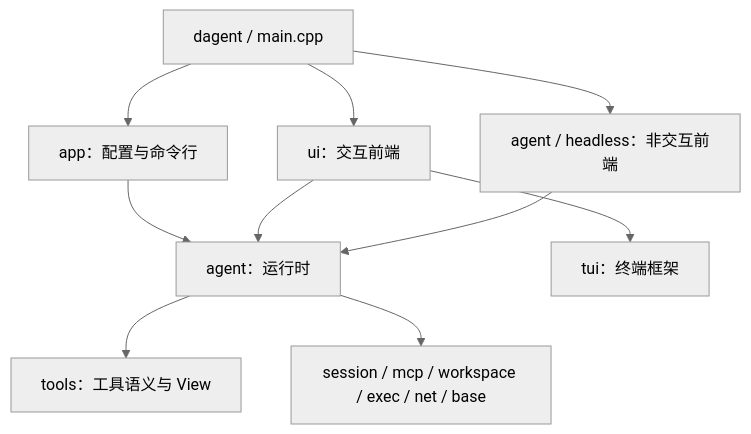
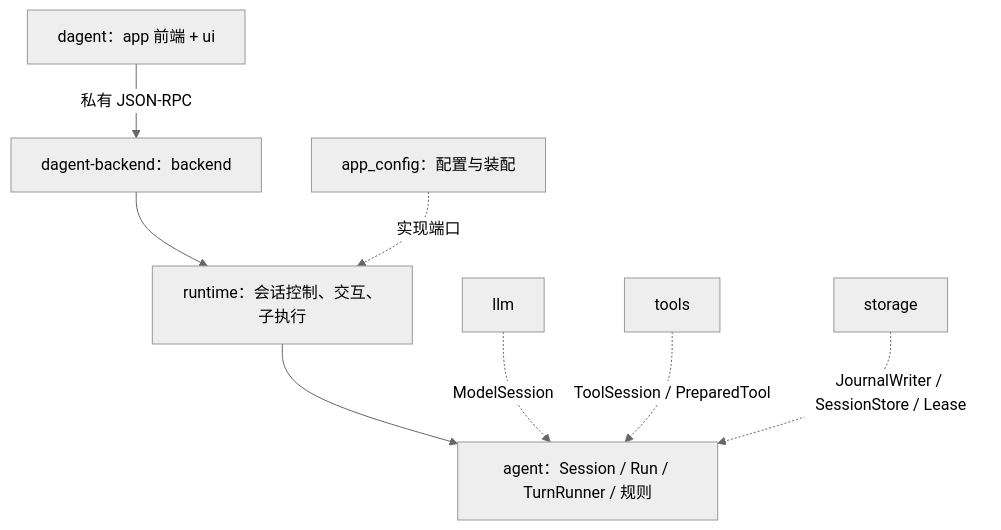
The first of 2 diagrams in docs/design/agent.md (Summer-DeZ/DAgent), drawn with Mermaid (neutral theme) before and after one commit. The commit also changed other lines of this file and 24 other files, not shown here.

````diff
--- a/docs/design/agent.md
+++ b/docs/design/agent.md
@@ -9,12 +10,10 @@
 ```mermaid
 flowchart TD
-    Main[dagent / main.cpp] --> App[app：配置与命令行]
-    Main --> UI[ui：交互前端]
-    Main --> Headless[agent / headless：非交互前端]
-    App --> Agent[agent：运行时]
-    UI --> Agent
-    UI --> TUI[tui：终端框架]
-    Headless --> Agent
-    Agent --> Tools[tools：工具语义与 View]
-    Agent --> Peripheral[session / mcp / workspace / exec / net / base]
+    FE[dagent：app 前端 + ui] -->|私有 JSON-RPC| BE[dagent-backend：backend]
+    BE --> RT[runtime：会话控制、交互、子执行]
+    RT --> AG[agent：Session / Run / TurnRunner / 规则]
+    APP[app_config：配置与装配] -. 实现端口 .-> RT
+    LLM[llm] -. ModelSession .-> AG
+    TOOLS[tools] -. ToolSession / PreparedTool .-> AG
+    ST[storage] -. JournalWriter / SessionStore / Lease .-> AG
 ```
````
